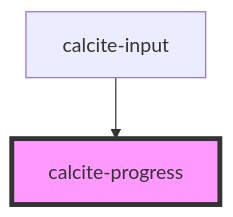
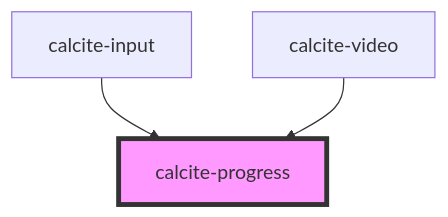
The diagram in src/components/calcite-progress/readme.md (Esri/calcite-design-system), drawn with Mermaid before and after one commit. The commit also changed other lines of this file and 19 other files, not shown here.

````diff
--- a/src/components/calcite-progress/readme.md
+++ b/src/components/calcite-progress/readme.md
@@ -31,5 +32,6 @@
 ```mermaid
 graph TD;
   calcite-input --> calcite-progress
+  calcite-video --> calcite-progress
   style calcite-progress fill:#f9f,stroke:#333,stroke-width:4px
 ```
````
